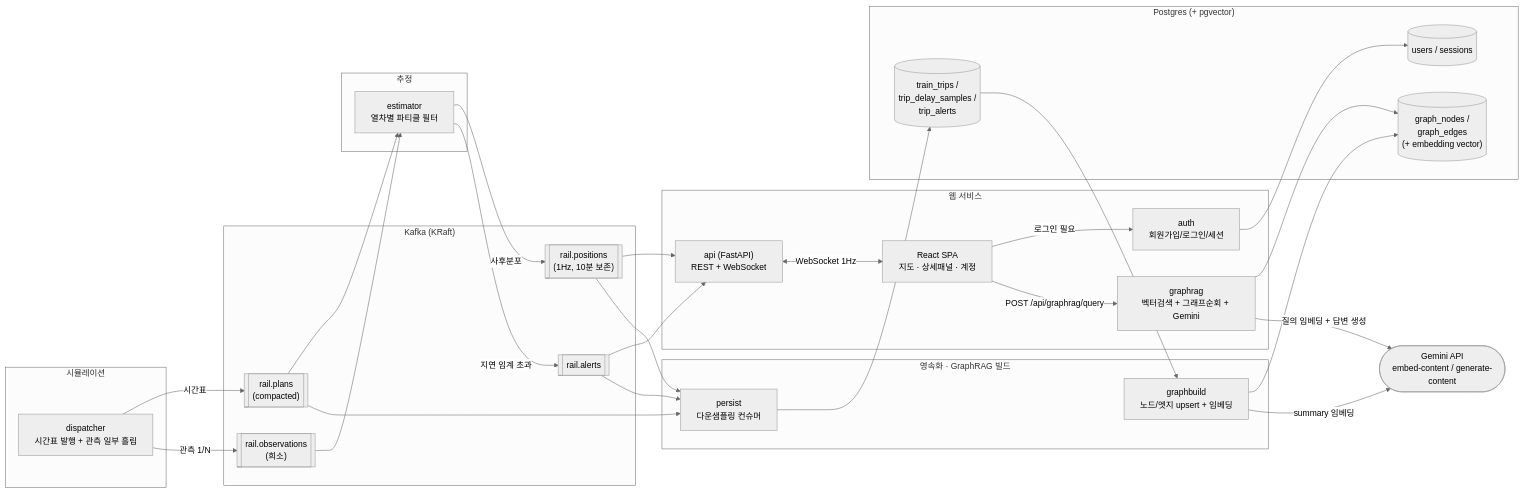
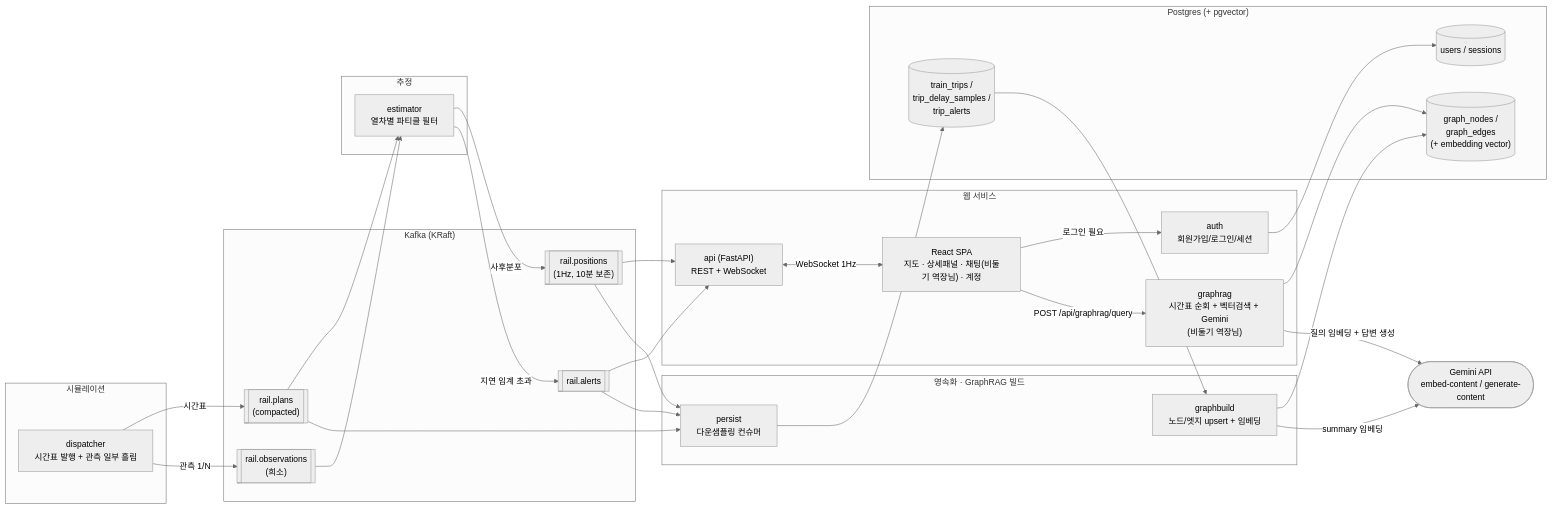
The first of 2 diagrams in README.md (hugingstar/RailGraphStreaming), drawn with Mermaid (neutral theme) before and after one commit. The commit also changed other lines of this file, not shown here.

Commit message:
docs: Update README for new GraphRAG features

````diff
--- a/README.md
+++ b/README.md
@@ -93,61 +93,61 @@
 ```mermaid
 flowchart LR
     subgraph SIM["시뮬레이션"]
         DISP["dispatcher<br/>시간표 발행 + 관측 일부 흘림"]
     end
 
     subgraph KAFKA["Kafka (KRaft)"]
         T_PLANS[["rail.plans<br/>(compacted)"]]
         T_OBS[["rail.observations<br/>(희소)"]]
         T_POS[["rail.positions<br/>(1Hz, 10분 보존)"]]
         T_ALERTS[["rail.alerts"]]
     end
 
     subgraph EST["추정"]
         ESTIM["estimator<br/>열차별 파티클 필터"]
     end
 
     subgraph WEB["웹 서비스"]
         API["api (FastAPI)<br/>REST + WebSocket"]
         AUTH["auth<br/>회원가입/로그인/세션"]
-        RAG["graphrag<br/>벡터검색 + 그래프순회 + Gemini"]
-        FE["React SPA<br/>지도 · 상세패널 · 계정"]
+        RAG["graphrag<br/>시간표 순회 + 벡터검색 + Gemini<br/>(비둘기 역장님)"]
+        FE["React SPA<br/>지도 · 상세패널 · 채팅(비둘기 역장님) · 계정"]
     end
 
     subgraph PERSIST["영속화 · GraphRAG 빌드"]
         PST["persist<br/>다운샘플링 컨슈머"]
         GB["graphbuild<br/>노드/엣지 upsert + 임베딩"]
     end
 
     subgraph PG["Postgres (+ pgvector)"]
         USERS[("users / sessions")]
         TRIPS[("train_trips /<br/>trip_delay_samples /<br/>trip_alerts")]
         GRAPH[("graph_nodes /<br/>graph_edges<br/>(+ embedding vector)")]
     end
 
     GEMINI(["Gemini API<br/>embed-content / generate-content"])
 
     DISP -->|시간표| T_PLANS
     DISP -->|관측 1/N| T_OBS
     T_PLANS --> ESTIM
     T_OBS --> ESTIM
     ESTIM -->|사후분포| T_POS
     ESTIM -->|지연 임계 초과| T_ALERTS
 
     T_POS --> API
     T_ALERTS --> API
     API <-->|WebSocket 1Hz| FE
     FE -->|로그인 필요| AUTH
     AUTH --> USERS
     FE -->|"POST /api/graphrag/query"| RAG
     RAG --> GRAPH
     RAG -->|질의 임베딩 + 답변 생성| GEMINI
 
     T_PLANS --> PST
     T_POS --> PST
     T_ALERTS --> PST
     PST --> TRIPS
     TRIPS --> GB
     GB --> GRAPH
     GB -->|summary 임베딩| GEMINI
 ```
````
